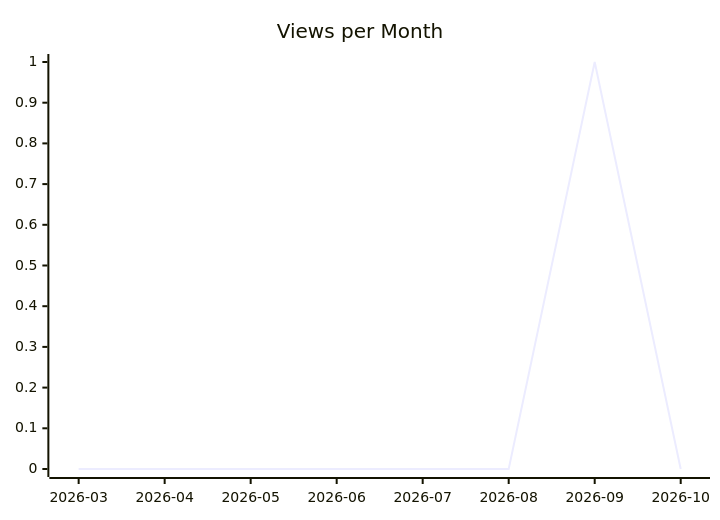
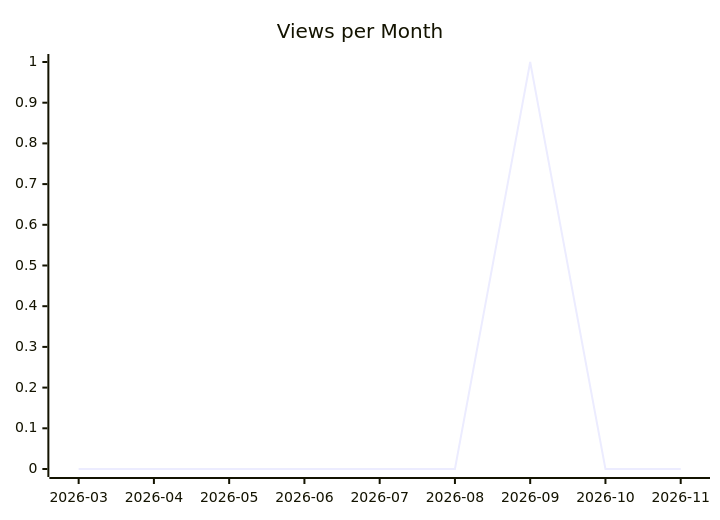
The second of 3 diagrams in karlmdavis/liquibase/README.md (justdavis-family/github-analytics-data), drawn with Mermaid before and after one commit. The commit also changed other lines of this file and 201 other files, not shown here.

````diff
--- a/karlmdavis/liquibase/README.md
+++ b/karlmdavis/liquibase/README.md
@@ -12,6 +12,6 @@
 ```mermaid
 xychart-beta
   title "Views per Month"
-  x-axis ["2026-03", "2026-04", "2026-05", "2026-06", "2026-07", "2026-08", "2026-09", "2026-10"]
-  line [0, 0, 0, 0, 0, 0, 1, 0]
+  x-axis ["2026-03", "2026-04", "2026-05", "2026-06", "2026-07", "2026-08", "2026-09", "2026-10", "2026-11"]
+  line [0, 0, 0, 0, 0, 0, 1, 0, 0]
 ```
````
